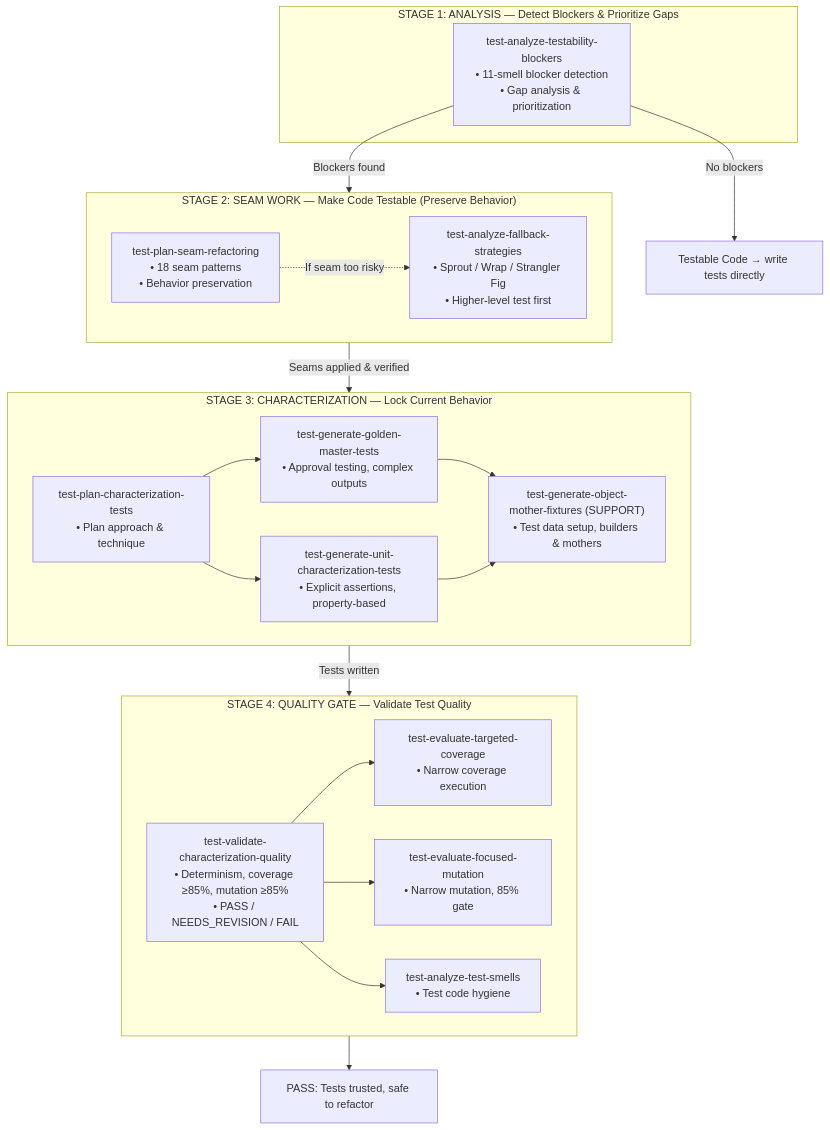
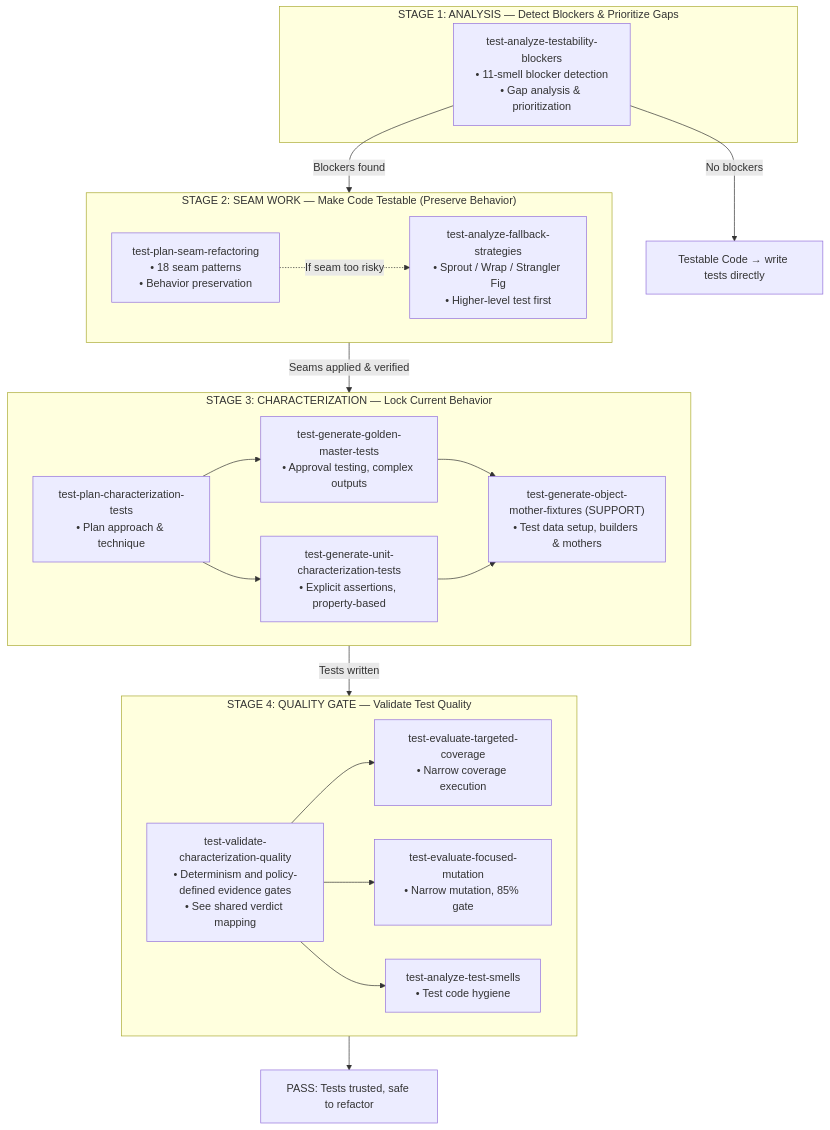
The diagram in .agents/skills/test-analyze-testability-blockers/references/testability-workflow.md (ericmasiello/skills), drawn with Mermaid before and after one commit. The commit also changed other lines of this file and 55 other files, not shown here.

````diff
--- a/.agents/skills/test-analyze-testability-blockers/references/testability-workflow.md
+++ b/.agents/skills/test-analyze-testability-blockers/references/testability-workflow.md
@@ -9,38 +9,38 @@
 ```mermaid
 flowchart TD
     subgraph S1["STAGE 1: ANALYSIS — Detect Blockers & Prioritize Gaps"]
         A1["test-analyze-testability-blockers<br/>• 11-smell blocker detection<br/>• Gap analysis & prioritization"]
     end
     A1 -->|Blockers found| S2
     A1 -->|No blockers| DIRECT["Testable Code → write tests directly"]
 
     subgraph S2["STAGE 2: SEAM WORK — Make Code Testable (Preserve Behavior)"]
         B1["test-plan-seam-refactoring<br/>• 18 seam patterns<br/>• Behavior preservation"]
         B2["test-analyze-fallback-strategies<br/>• Sprout / Wrap / Strangler Fig<br/>• Higher-level test first"]
         B1 -.->|If seam too risky| B2
     end
     S2 -->|Seams applied & verified| S3
 
     subgraph S3["STAGE 3: CHARACTERIZATION — Lock Current Behavior"]
         C0["test-plan-characterization-tests<br/>• Plan approach & technique"]
         C1["test-generate-golden-master-tests<br/>• Approval testing, complex outputs"]
         C2["test-generate-unit-characterization-tests<br/>• Explicit assertions, property-based"]
         C3["test-generate-object-mother-fixtures (SUPPORT)<br/>• Test data setup, builders & mothers"]
         C0 --> C1
         C0 --> C2
         C1 --> C3
         C2 --> C3
     end
     S3 -->|Tests written| S4
 
     subgraph S4["STAGE 4: QUALITY GATE — Validate Test Quality"]
-        D0["test-validate-characterization-quality<br/>• Determinism, coverage ≥85%, mutation ≥85%<br/>• PASS / NEEDS_REVISION / FAIL"]
+        D0["test-validate-characterization-quality<br/>• Determinism and policy-defined evidence gates<br/>• See shared verdict mapping"]
         D1["test-evaluate-targeted-coverage<br/>• Narrow coverage execution"]
         D2["test-evaluate-focused-mutation<br/>• Narrow mutation, 85% gate"]
         D3["test-analyze-test-smells<br/>• Test code hygiene"]
         D0 --> D1
         D0 --> D2
         D0 --> D3
     end
     S4 --> PASS["PASS: Tests trusted, safe to refactor"]
 ```
````
